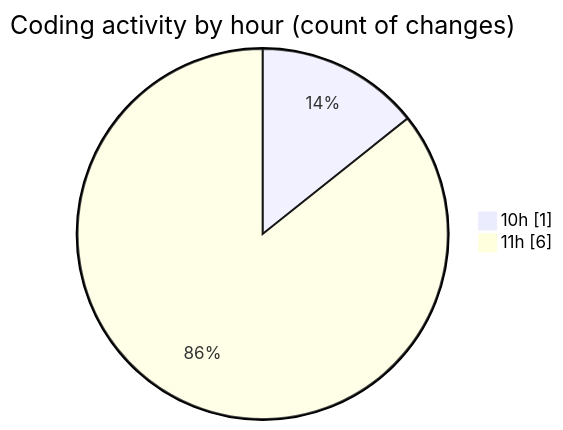
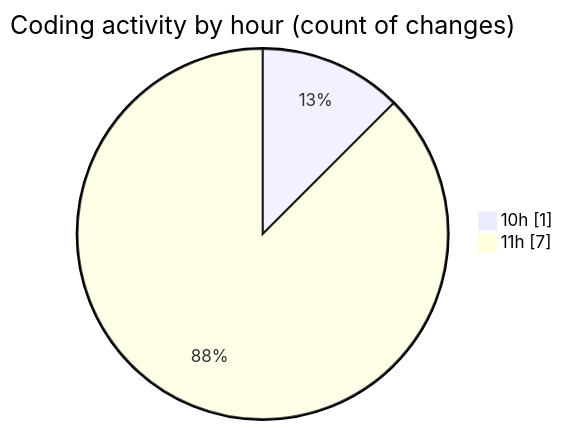
The second of 2 diagrams in 2026-03-18/nxtqube_webapp/README.md (nxtqubesakshisongat/code-tracking), drawn with Mermaid before and after one commit. The commit also changed other lines of this file and 1 other file, not shown here.

````diff
--- a/2026-03-18/nxtqube_webapp/README.md
+++ b/2026-03-18/nxtqube_webapp/README.md
@@ -30,6 +30,6 @@
 ```mermaid
 pie showData
 title Coding activity by hour (count of changes)
 "10h" : 1
-"11h" : 6
+"11h" : 7
 ```
````
